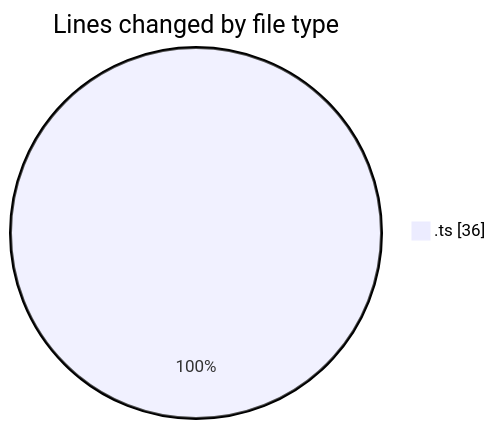
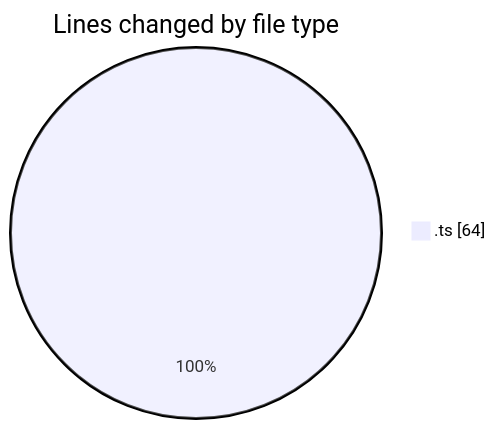
Before and after one commit to igalym/code-tracking: the first of 2 diagrams in 2026-03-30/cinema/README.md, drawn with Mermaid. The commit also changed other lines of this file and 1 other file, not shown here.

````diff
--- a/2026-03-30/cinema/README.md
+++ b/2026-03-30/cinema/README.md
@@ -21,5 +22,5 @@
 ```mermaid
 pie showData
 title Lines changed by file type
-".ts" : 36
+".ts" : 64
 ```
````
